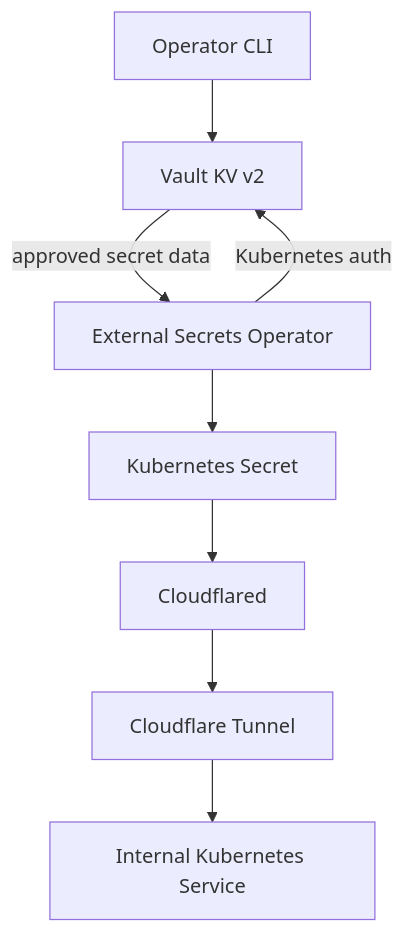
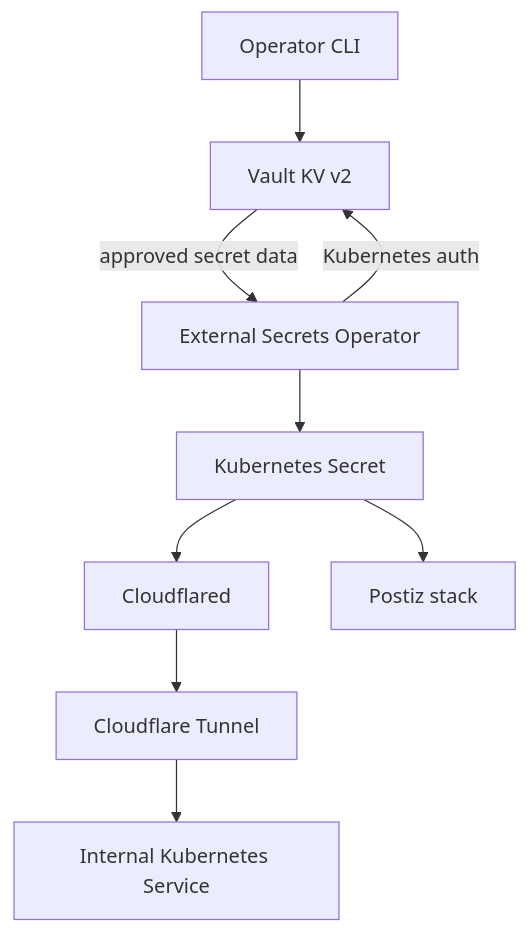
Before and after one commit to HYP3R00T/homelab: the diagram in docs/architecture/secrets-flow.md, drawn with Mermaid. The commit also changed other lines of this file and 10 other files, not shown here.

````diff
--- a/docs/architecture/secrets-flow.md
+++ b/docs/architecture/secrets-flow.md
@@ -11,10 +11,11 @@
 ```mermaid
 flowchart TB
     Admin[Operator CLI] --> Vault[Vault KV v2]
     ESO[External Secrets Operator] -->|Kubernetes auth| Vault
     Vault -->|approved secret data| ESO
     ESO --> Secret[Kubernetes Secret]
     Secret --> Cloudflared[Cloudflared]
+    Secret --> Postiz[Postiz stack]
     Cloudflared --> Tunnel[Cloudflare Tunnel]
     Tunnel --> Service[Internal Kubernetes Service]
 ```
````
